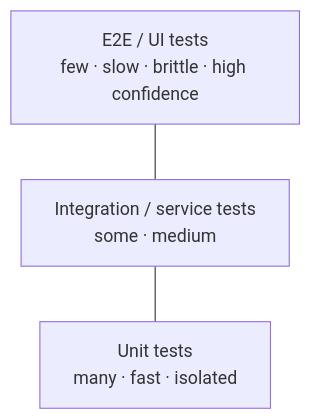
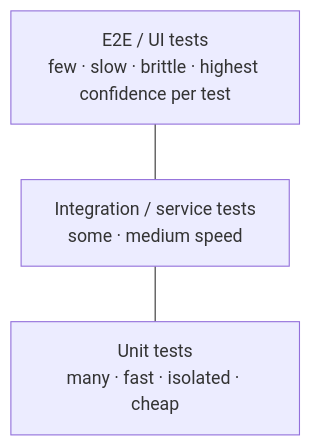
One commit to hshtgbrendo/software-dev-prep changed the diagram in design/5 Engineering Practices/Testing Strategy.md. Above: the diagram before and after it, drawn with Mermaid. The commit also changed other lines of this file and 28 other files, not shown here.

````diff
--- a/design/5 Engineering Practices/Testing Strategy.md
+++ b/design/5 Engineering Practices/Testing Strategy.md
@@ -16,7 +113,7 @@
 ```mermaid
 flowchart TB
-  E2E["E2E / UI tests<br/>few · slow · brittle · high confidence"]
-  INT["Integration / service tests<br/>some · medium"]
-  UNIT["Unit tests<br/>many · fast · isolated"]
+  E2E["E2E / UI tests<br/>few · slow · brittle · highest confidence per test"]
+  INT["Integration / service tests<br/>some · medium speed"]
+  UNIT["Unit tests<br/>many · fast · isolated · cheap"]
   E2E --- INT --- UNIT
 ```
````
